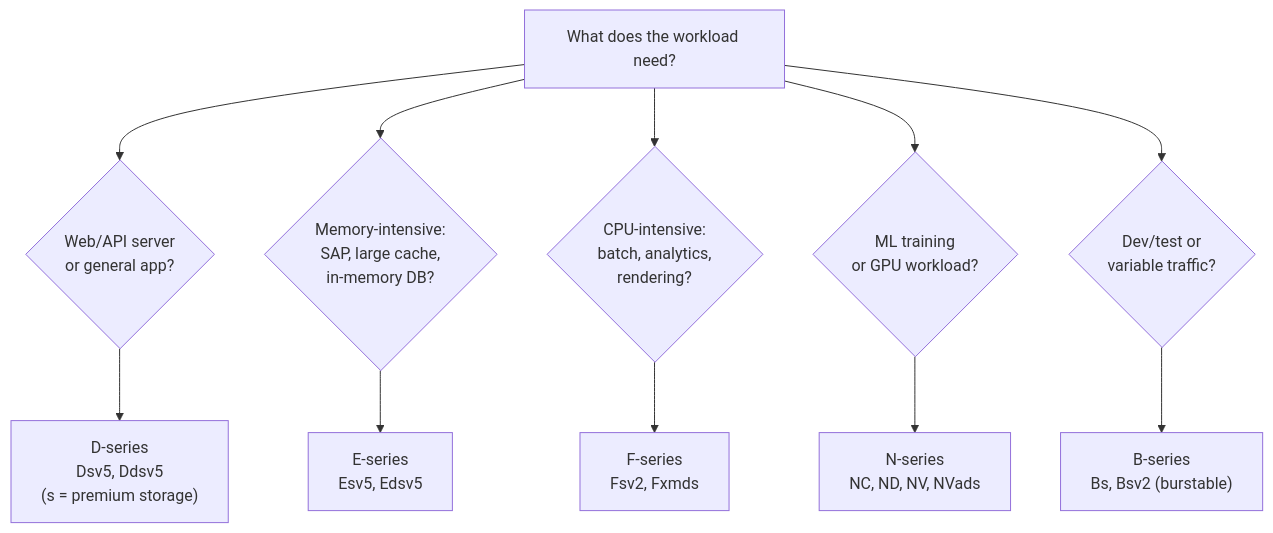
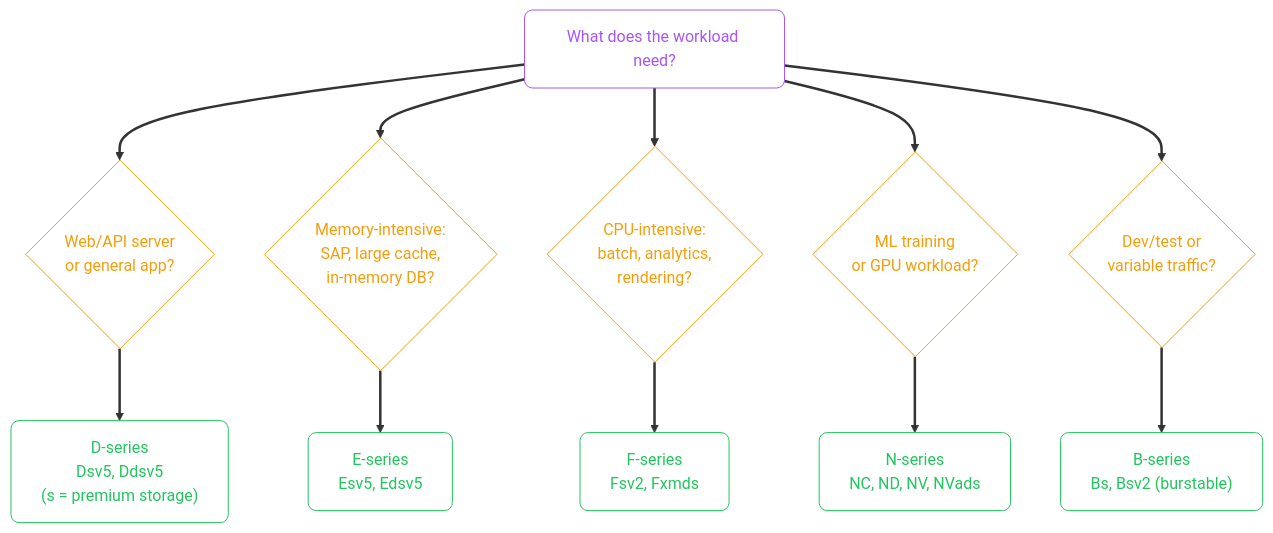
One commit to zafarale/cloudification changed the first of 6 diagrams in src/content/cloud/azure/02-intro-vms.mdx. Above: the diagram before and after it, drawn with Mermaid. The commit also changed other lines of this file and 84 other files, not shown here.

````diff
--- a/src/content/cloud/azure/02-intro-vms.mdx
+++ b/src/content/cloud/azure/02-intro-vms.mdx
@@ -58,23 +58,30 @@
 ```mermaid
 flowchart TD
-    START["What does the workload need?"]
+    accTitle: Choosing the Right VM Size
+    accDescr: Flowchart (td) showing What does the workload need, Web/API server or general app, Memory-intensive: SAP, large cache, in-memory DB
+    classDef step fill:none,stroke:#a855f7,color:#a855f7,rx:8,ry:8
+    classDef ok   fill:none,stroke:#22c55e,color:#22c55e,rx:8,ry:8
+    classDef decesion fill:none,stroke:#f59e0b,color:#f59e0b,rx:8,ry:8
+    linkStyle default stroke-width:2.5px
 
-    GENERAL{"Web/API server\nor general app?"}
-    MEMBOUND{"Memory-intensive:\nSAP, large cache,\nin-memory DB?"}
-    CPUBOUND{"CPU-intensive:\nbatch, analytics,\nrendering?"}
-    GPU_NEED{"ML training\nor GPU workload?"}
-    DEV{"Dev/test or\nvariable traffic?"}
+    START["What does the workload need?"]:::step
 
-    D_SERIES["D-series\nDsv5, Ddsv5\n(s = premium storage)"]
-    E_SERIES["E-series\nEsv5, Edsv5"]
-    F_SERIES["F-series\nFsv2, Fxmds"]
-    N_SERIES["N-series\nNC, ND, NV, NVads"]
-    B_SERIES["B-series\nBs, Bsv2 (burstable)"]
+    GENERAL{"Web/API server<br/>or general app?"}:::decesion
+    MEMBOUND{"Memory-intensive:<br/>SAP, large cache,<br/>in-memory DB?"}:::decesion
+    CPUBOUND{"CPU-intensive:<br/>batch, analytics,<br/>rendering?"}:::decesion
+    GPU_NEED{"ML training<br/>or GPU workload?"}:::decesion
+    DEV{"Dev/test or<br/>variable traffic?"}:::decesion
+
+    D_SERIES["D-series<br/>Dsv5, Ddsv5<br/>(s = premium storage)"]:::ok
+    E_SERIES["E-series<br/>Esv5, Edsv5"]:::ok
+    F_SERIES["F-series<br/>Fsv2, Fxmds"]:::ok
+    N_SERIES["N-series<br/>NC, ND, NV, NVads"]:::ok
+    B_SERIES["B-series<br/>Bs, Bsv2 (burstable)"]:::ok
 
     START --> GENERAL & MEMBOUND & CPUBOUND & GPU_NEED & DEV
     GENERAL --> D_SERIES
     MEMBOUND --> E_SERIES
     CPUBOUND --> F_SERIES
     GPU_NEED --> N_SERIES
     DEV --> B_SERIES
 ```
````
